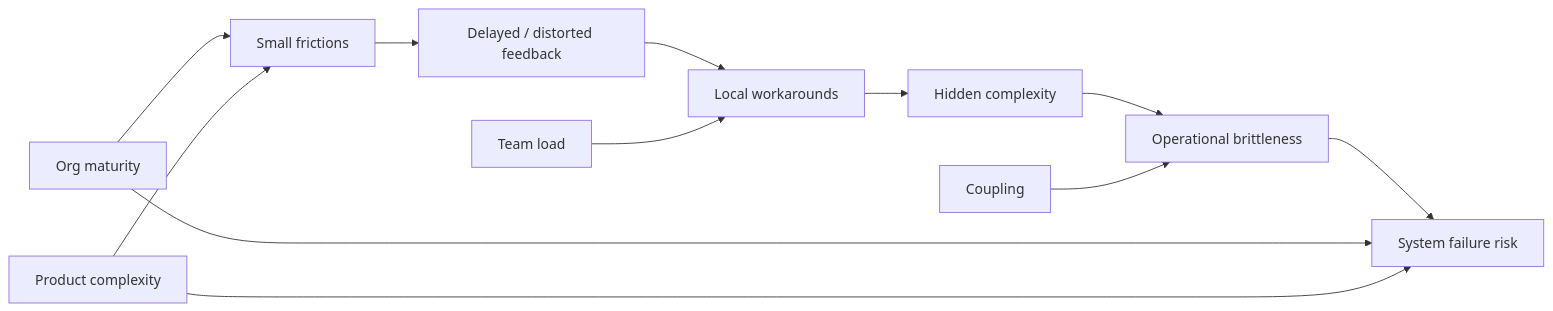
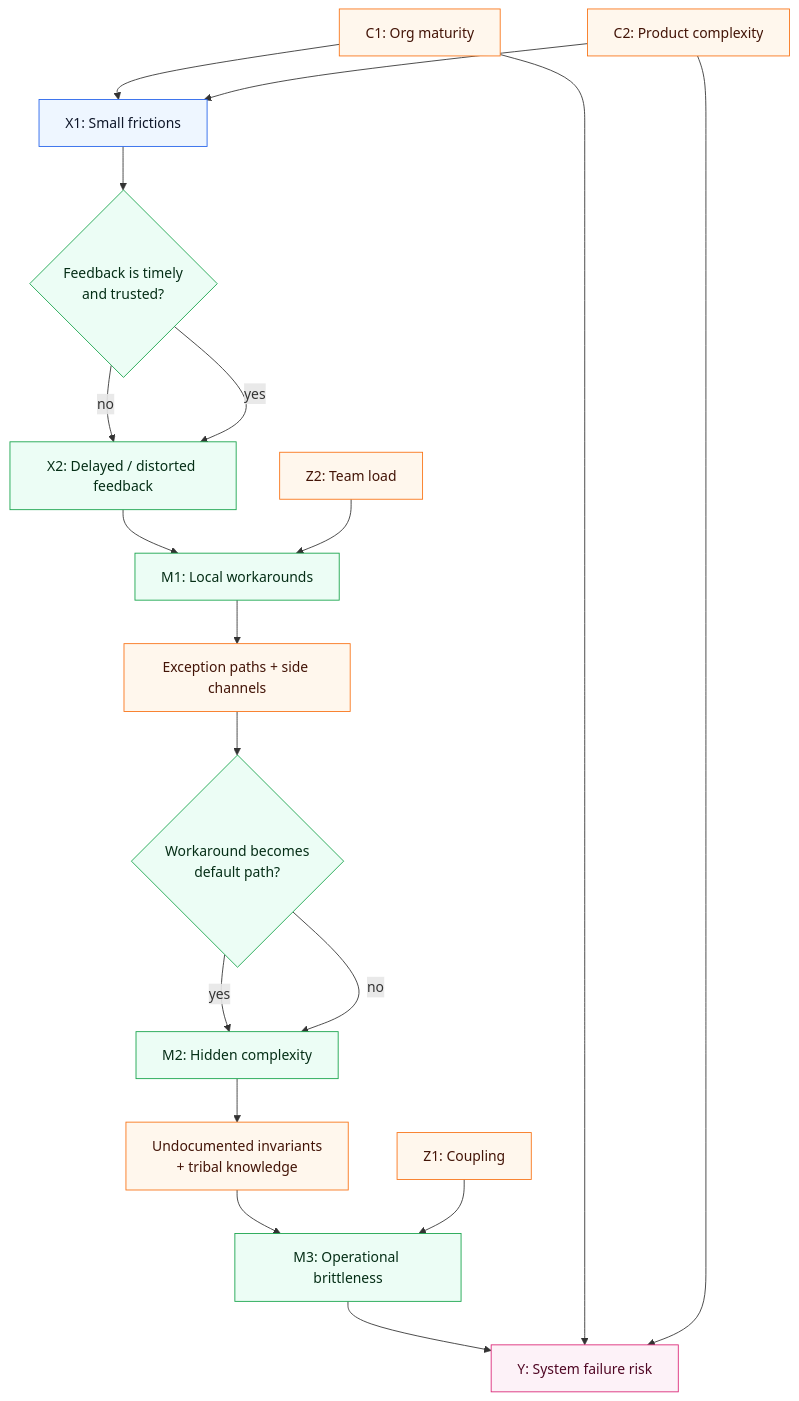
The first of 2 diagrams in docs/blog/posts/why-small-frictions-cascade-into-system-failure.md (5Reasons/5reasons.github.io), drawn with Mermaid before and after one commit. The commit also changed other lines of this file and 14 other files, not shown here.

First line of the commit message:
Refactor diagrams and improve clarity in blog posts and case studies

````diff
--- a/docs/blog/posts/why-small-frictions-cascade-into-system-failure.md
+++ b/docs/blog/posts/why-small-frictions-cascade-into-system-failure.md
@@ -65,15 +65,49 @@
 ```mermaid
-flowchart LR
-  X1[Small frictions] --> X2[Delayed / distorted feedback]
-  X2 --> M1[Local workarounds]
-  M1 --> M2[Hidden complexity]
-  M2 --> M3[Operational brittleness]
-  M3 --> Y[System failure risk]
+flowchart TB
+  %% Inputs
+  X1["X1: Small frictions"]:::i
+  C1["C1: Org maturity"]:::r
+  C2["C2: Product complexity"]:::r
+  Z1["Z1: Coupling"]:::r
+  Z2["Z2: Team load"]:::r
 
-  C1[Org maturity] --> X1
+  %% Gates
+  G1{"Feedback is timely<br>and trusted?"}:::p
+  G2{"Workaround becomes<br>default path?"}:::p
+
+  %% Processes
+  X2["X2: Delayed / distorted feedback"]:::p
+  M1["M1: Local workarounds"]:::p
+  M2["M2: Hidden complexity"]:::p
+  M3["M3: Operational brittleness"]:::p
+
+  %% Records / artifacts
+  R1["Exception paths + side channels"]:::r
+  R2["Undocumented invariants<br>+ tribal knowledge"]:::r
+
+  %% Outcome
+  Y["Y: System failure risk"]:::o
+
+  %% Causal chain
+  X1 --> G1
+  G1 -- no --> X2
+  G1 -- yes --> X2
+  X2 --> M1 --> R1 --> G2
+  G2 -- yes --> M2
+  G2 -- no --> M2
+  M2 --> R2 --> M3 --> Y
+
+  %% Context
+  C1 --> X1
   C1 --> Y
-  C2[Product complexity] --> X1
+  C2 --> X1
   C2 --> Y
-  Z1[Coupling] --> M3
-  Z2[Team load] --> M1
+  Z1 --> M3
+  Z2 --> M1
+
+  %% brModel styles
+  classDef i fill:#eef6ff,stroke:#2563eb,stroke-width:1px,color:#0f172a;
+  classDef p fill:#ecfdf5,stroke:#16a34a,stroke-width:1px,color:#052e16;
+  classDef r fill:#fff7ed,stroke:#f97316,stroke-width:1px,color:#431407;
+  classDef o fill:#fdf2f8,stroke:#db2777,stroke-width:1px,color:#500724;
 ```
````
